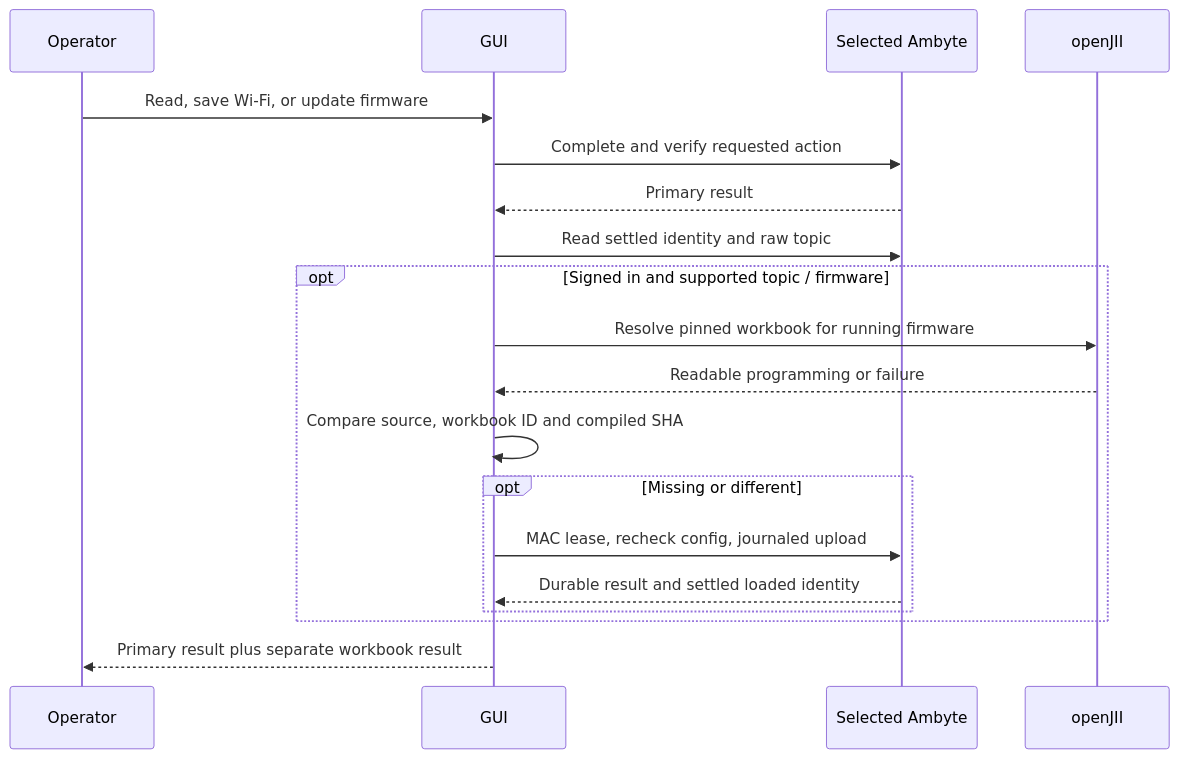
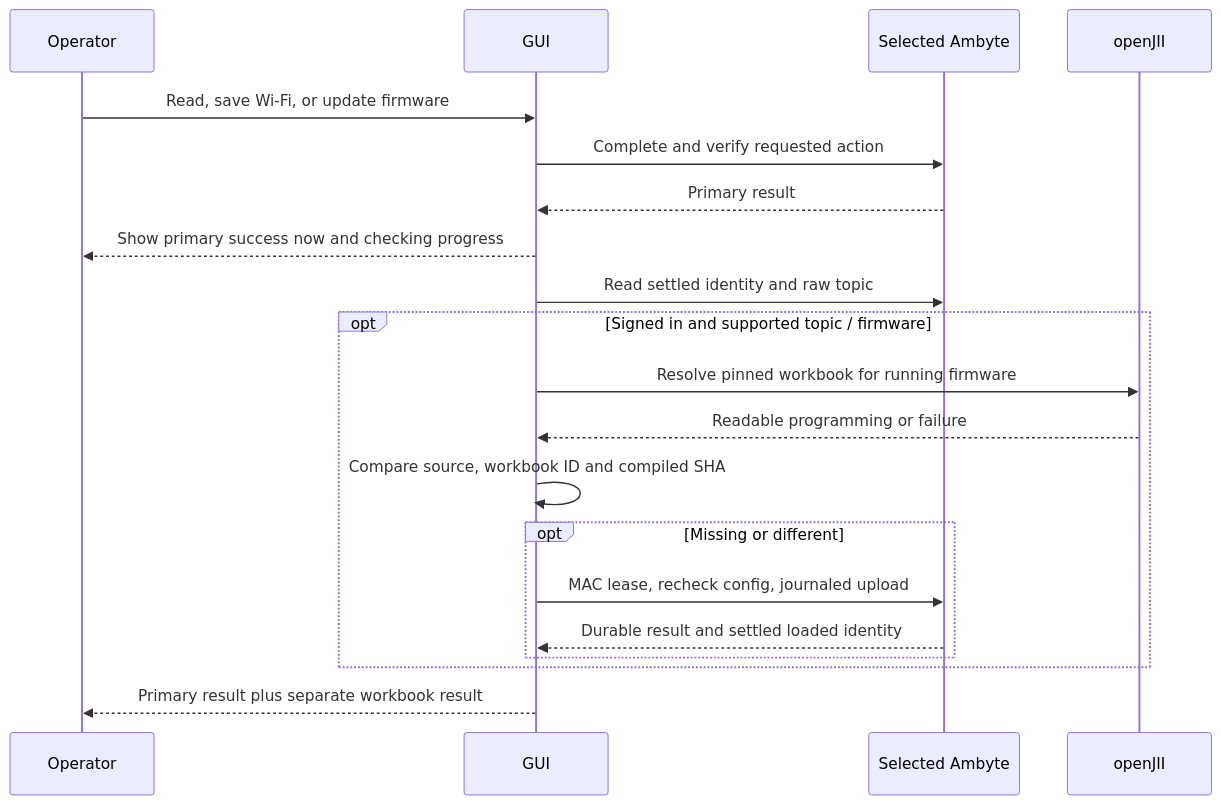
The first of 3 diagrams in docs/usb-maintenance-sync.md (Jan-IngenHousz-Institute/ambyte-iot), drawn with Mermaid before and after one commit. The commit also changed other lines of this file and 30 other files, not shown here.

Commit message:
fix(flash-gui): gate timezone writes and publish primary maintenance results

````diff
--- a/docs/usb-maintenance-sync.md
+++ b/docs/usb-maintenance-sync.md
@@ -19,21 +19,22 @@
 ```mermaid
 sequenceDiagram
     participant Operator
     participant GUI
     participant USB as Selected Ambyte
     participant API as openJII
     Operator->>GUI: Read, save Wi-Fi, or update firmware
     GUI->>USB: Complete and verify requested action
     USB-->>GUI: Primary result
+    GUI-->>Operator: Show primary success now and checking progress
     GUI->>USB: Read settled identity and raw topic
     opt Signed in and supported topic / firmware
         GUI->>API: Resolve pinned workbook for running firmware
         API-->>GUI: Readable programming or failure
         GUI->>GUI: Compare source, workbook ID and compiled SHA
         opt Missing or different
             GUI->>USB: MAC lease, recheck config, journaled upload
             USB-->>GUI: Durable result and settled loaded identity
         end
     end
     GUI-->>Operator: Primary result plus separate workbook result
 ```
````
